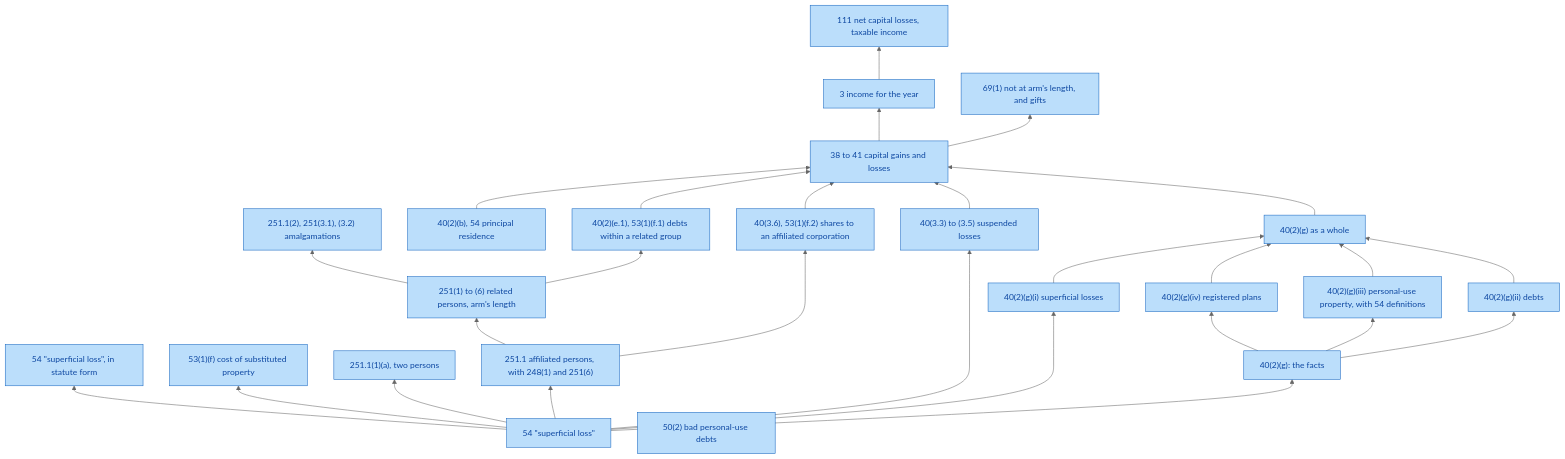
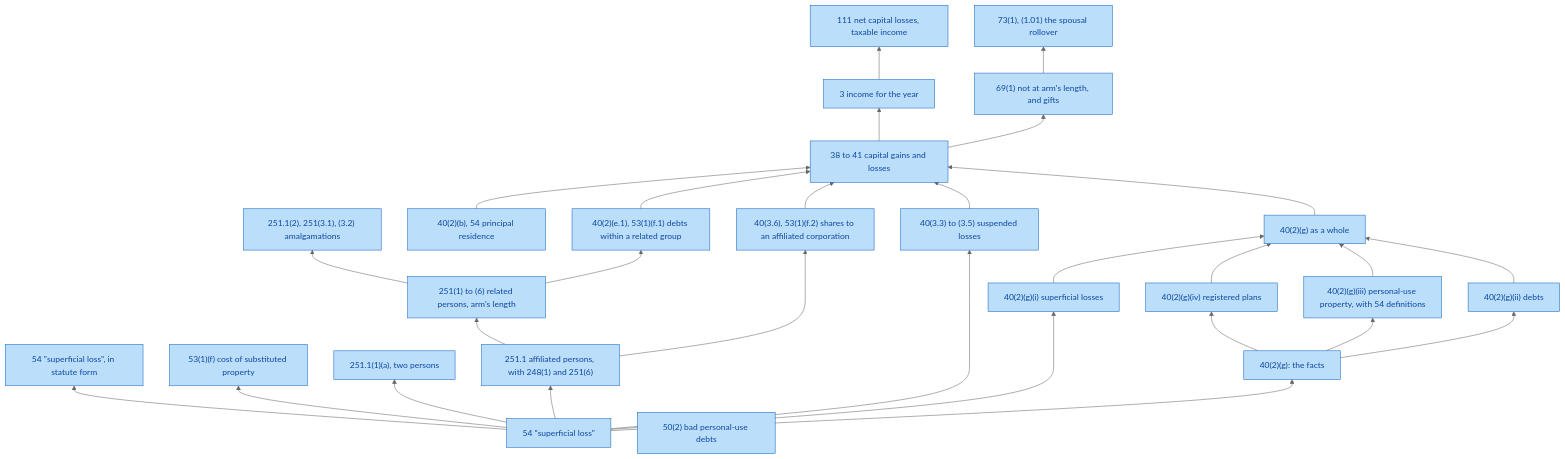
The diagram in docs/graphs/provisions.md (SeanWMurray/Canteen), drawn with Mermaid (neutral theme) before and after one commit. The commit also changed 16 other files, not shown here.

First line of the commit message:
Encode the spousal rollover: 73(1) and (1.01)

````diff
--- a/docs/graphs/provisions.md
+++ b/docs/graphs/provisions.md
@@ -7,52 +7,54 @@
 ```mermaid
 flowchart BT
   v0["54 #quot;superficial loss#quot;"]:::prov
   v1["40(2)(g)(i) superficial losses"]:::prov
   v2["54 #quot;superficial loss#quot;, in statute form"]:::prov
   v3["53(1)(f) cost of substituted property"]:::prov
   v4["251.1(1)(a), two persons"]:::prov
   v5["251.1 affiliated persons, with 248(1) and 251(6)"]:::prov
   v6["251(1) to (6) related persons, arm's length"]:::prov
   v7["251.1(2), 251(3.1), (3.2) amalgamations"]:::prov
   v8["40(2)(g): the facts"]:::prov
   v9["40(2)(g)(ii) debts"]:::prov
   v10["40(2)(g)(iii) personal-use property, with 54 definitions"]:::prov
   v11["40(2)(g)(iv) registered plans"]:::prov
   v12["40(2)(g) as a whole"]:::prov
   v13["40(3.3) to (3.5) suspended losses"]:::prov
   v14["40(3.6), 53(1)(f.2) shares to an affiliated corporation"]:::prov
   v15["40(2)(e.1), 53(1)(f.1) debts within a related group"]:::prov
   v16["40(2)(b), 54 principal residence"]:::prov
   v17["38 to 41 capital gains and losses"]:::prov
   v18["3 income for the year"]:::prov
   v19["111 net capital losses, taxable income"]:::prov
   v20["69(1) not at arm's length, and gifts"]:::prov
-  v21["50(2) bad personal-use debts"]:::prov
+  v21["73(1), (1.01) the spousal rollover"]:::prov
+  v22["50(2) bad personal-use debts"]:::prov
   v0 --> v1
   v0 --> v2
   v0 --> v3
   v0 --> v4
   v0 --> v5
   v5 --> v6
   v6 --> v7
   v0 --> v8
   v8 --> v9
   v8 --> v10
   v8 --> v11
   v9 --> v12
   v10 --> v12
   v11 --> v12
   v1 --> v12
   v0 --> v13
   v5 --> v14
   v6 --> v15
   v12 --> v17
   v13 --> v17
   v14 --> v17
   v15 --> v17
   v16 --> v17
   v17 --> v18
   v18 --> v19
   v17 --> v20
+  v20 --> v21
   classDef prov fill:#bbdefb,stroke:#1565c0,color:#0d47a1
 ```
````
